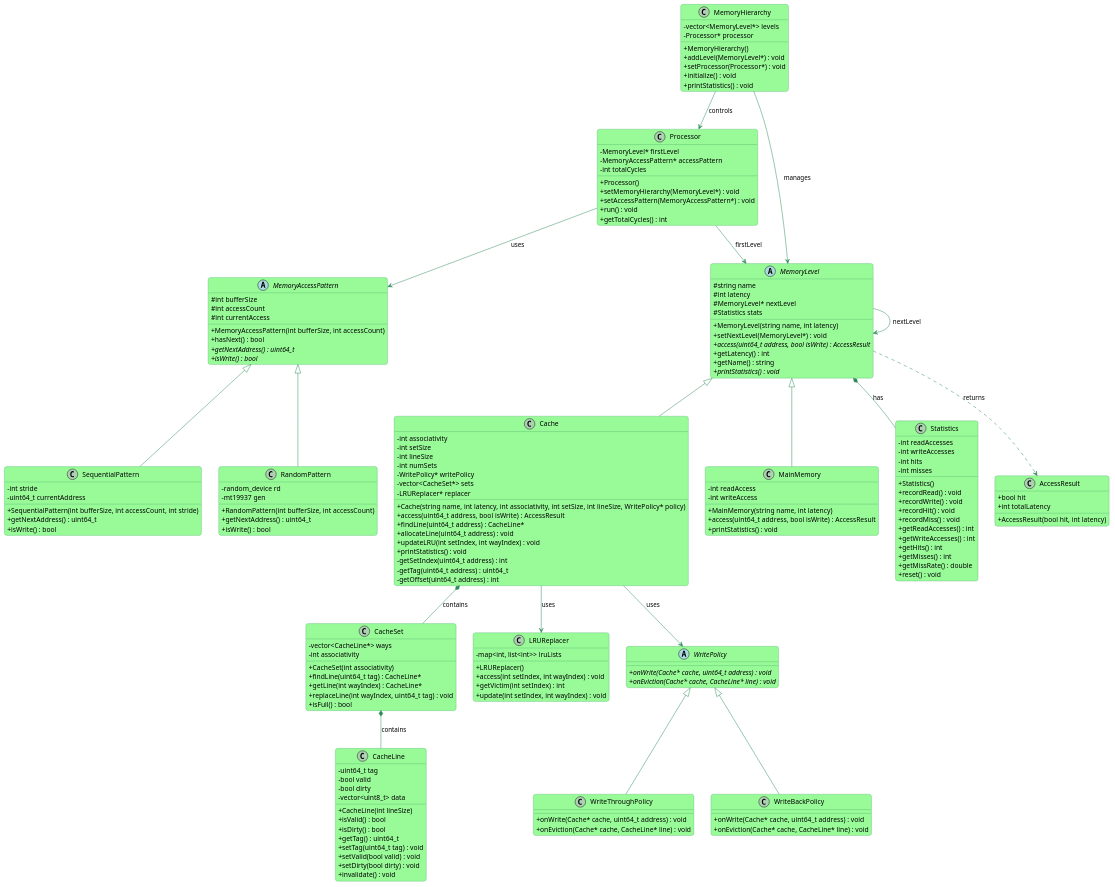
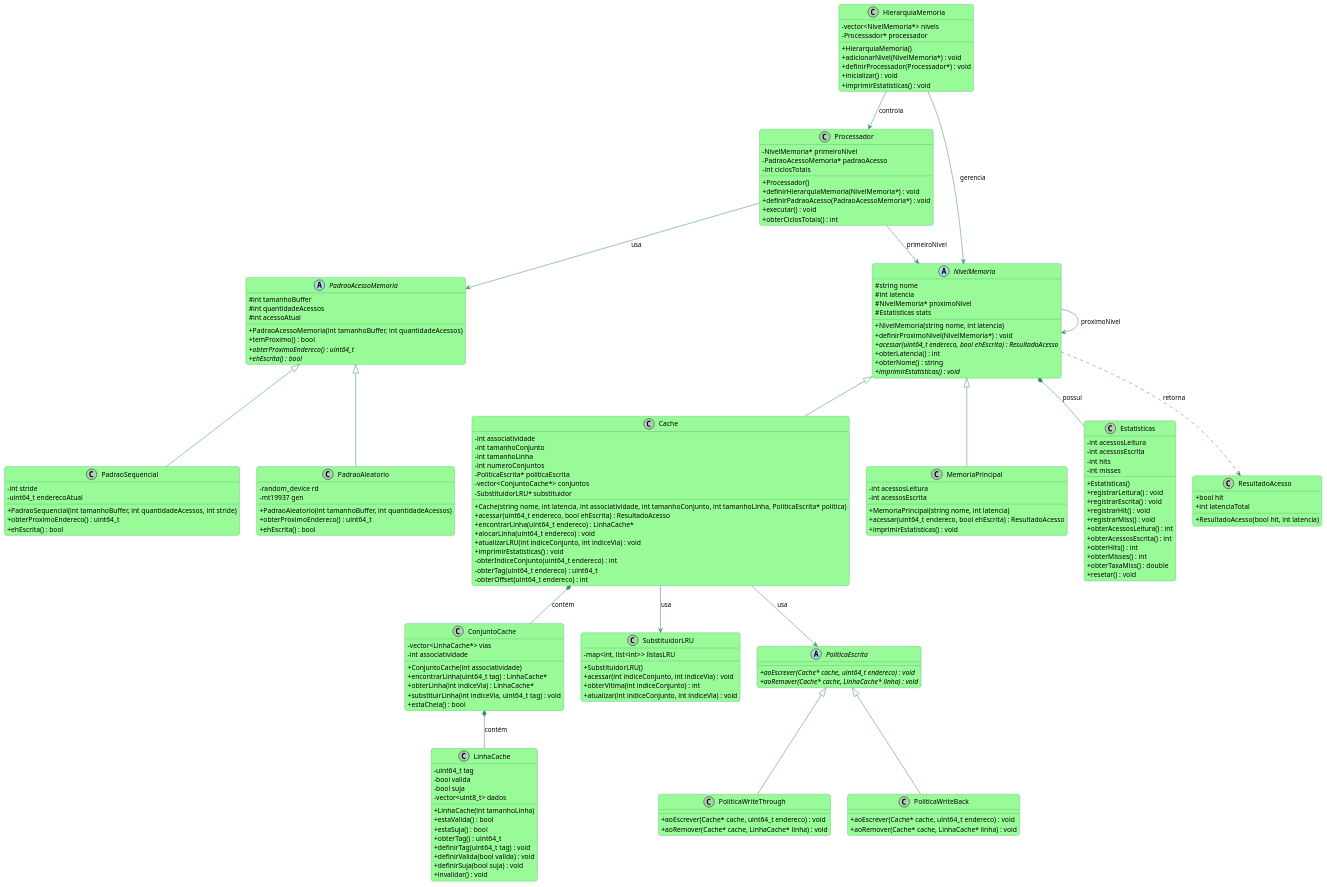
One commit to tayna01/SimuladorHierarquia changed the diagram in docs/arquitetura.plantuml. Above: the diagram before and after it, drawn with PlantUML. The commit also changed 3 other files, not shown here.

Commit message:
feat: adiciona classe Processador

```diff
--- a/docs/arquitetura.plantuml
+++ b/docs/arquitetura.plantuml
@@ -1,4 +1,4 @@
-@startuml arquitetura
+@startuml aa
 skinparam classAttributeIconSize 0
 skinparam roundcorner 10
 skinparam shadowing false
@@ -9,190 +9,227 @@
   BorderColor SeaGreen
 }
 
-class Processor {
-  - MemoryLevel* firstLevel
-  - MemoryAccessPattern* accessPattern
-  - int totalCycles
-  + Processor()
-  + setMemoryHierarchy(MemoryLevel*) : void
-  + setAccessPattern(MemoryAccessPattern*) : void
-  + run() : void
-  + getTotalCycles() : int
+' ===================================
+' Classe Processador
+' ===================================
+class Processador {
+  - NivelMemoria* primeiroNivel
+  - PadraoAcessoMemoria* padraoAcesso
+  - int ciclosTotais
+  + Processador()
+  + definirHierarquiaMemoria(NivelMemoria*) : void
+  + definirPadraoAcesso(PadraoAcessoMemoria*) : void
+  + executar() : void
+  + obterCiclosTotais() : int
 }
 
-class MemoryHierarchy {
-  - vector<MemoryLevel*> levels
-  - Processor* processor
-  + MemoryHierarchy()
-  + addLevel(MemoryLevel*) : void
-  + setProcessor(Processor*) : void
-  + initialize() : void
-  + printStatistics() : void
+' ===================================
+' Classe Hierarquia de Memória
+' ===================================
+class HierarquiaMemoria {
+  - vector<NivelMemoria*> niveis
+  - Processador* processador
+  + HierarquiaMemoria()
+  + adicionarNivel(NivelMemoria*) : void
+  + definirProcessador(Processador*) : void
+  + inicializar() : void
+  + imprimirEstatisticas() : void
 }
 
-abstract class MemoryAccessPattern {
-  # int bufferSize
-  # int accessCount
-  # int currentAccess
-  + MemoryAccessPattern(int bufferSize, int accessCount)
-  + hasNext() : bool
-  + {abstract} getNextAddress() : uint64_t
-  + {abstract} isWrite() : bool
+' ===================================
+' Padrões de Acesso (Strategy Pattern)
+' ===================================
+abstract class PadraoAcessoMemoria {
+  # int tamanhoBuffer
+  # int quantidadeAcessos
+  # int acessoAtual
+  + PadraoAcessoMemoria(int tamanhoBuffer, int quantidadeAcessos)
+  + temProximo() : bool
+  + {abstract} obterProximoEndereco() : uint64_t
+  + {abstract} ehEscrita() : bool
 }
 
-class SequentialPattern {
+class PadraoSequencial {
   - int stride
-  - uint64_t currentAddress
-  + SequentialPattern(int bufferSize, int accessCount, int stride)
-  + getNextAddress() : uint64_t
-  + isWrite() : bool
+  - uint64_t enderecoAtual
+  + PadraoSequencial(int tamanhoBuffer, int quantidadeAcessos, int stride)
+  + obterProximoEndereco() : uint64_t
+  + ehEscrita() : bool
 }
 
-class RandomPattern {
+class PadraoAleatorio {
   - random_device rd
   - mt19937 gen
-  + RandomPattern(int bufferSize, int accessCount)
-  + getNextAddress() : uint64_t
-  + isWrite() : bool
+  + PadraoAleatorio(int tamanhoBuffer, int quantidadeAcessos)
+  + obterProximoEndereco() : uint64_t
+  + ehEscrita() : bool
 }
 
-abstract class MemoryLevel {
-  # string name
-  # int latency
-  # MemoryLevel* nextLevel
-  # Statistics stats
-  + MemoryLevel(string name, int latency)
-  + setNextLevel(MemoryLevel*) : void
-  + {abstract} access(uint64_t address, bool isWrite) : AccessResult
-  + getLatency() : int
-  + getName() : string
-  + {abstract} printStatistics() : void
+' ===================================
+' Níveis de Memória (Polimorfismo)
+' ===================================
+abstract class NivelMemoria {
+  # string nome
+  # int latencia
+  # NivelMemoria* proximoNivel
+  # Estatisticas stats
+  + NivelMemoria(string nome, int latencia)
+  + definirProximoNivel(NivelMemoria*) : void
+  + {abstract} acessar(uint64_t endereco, bool ehEscrita) : ResultadoAcesso
+  + obterLatencia() : int
+  + obterNome() : string
+  + {abstract} imprimirEstatisticas() : void
 }
 
 class Cache {
-  - int associativity
-  - int setSize
-  - int lineSize
-  - int numSets
-  - WritePolicy* writePolicy
-  - vector<CacheSet*> sets
-  - LRUReplacer* replacer
-  + Cache(string name, int latency, int associativity, int setSize, int lineSize, WritePolicy* policy)
-  + access(uint64_t address, bool isWrite) : AccessResult
-  + findLine(uint64_t address) : CacheLine*
-  + allocateLine(uint64_t address) : void
-  + updateLRU(int setIndex, int wayIndex) : void
-  + printStatistics() : void
-  - getSetIndex(uint64_t address) : int
-  - getTag(uint64_t address) : uint64_t
-  - getOffset(uint64_t address) : int
+  - int associatividade
+  - int tamanhoConjunto
+  - int tamanhoLinha
+  - int numeroConjuntos
+  - PoliticaEscrita* politicaEscrita
+  - vector<ConjuntoCache*> conjuntos
+  - SubstituidorLRU* substituidor
+  + Cache(string nome, int latencia, int associatividade, int tamanhoConjunto, int tamanhoLinha, PoliticaEscrita* politica)
+  + acessar(uint64_t endereco, bool ehEscrita) : ResultadoAcesso
+  + encontrarLinha(uint64_t endereco) : LinhaCache*
+  + alocarLinha(uint64_t endereco) : void
+  + atualizarLRU(int indiceConjunto, int indiceVia) : void
+  + imprimirEstatisticas() : void
+  - obterIndiceConjunto(uint64_t endereco) : int
+  - obterTag(uint64_t endereco) : uint64_t
+  - obterOffset(uint64_t endereco) : int
 }
 
-class MainMemory {
-  - int readAccess
-  - int writeAccess
-  + MainMemory(string name, int latency)
-  + access(uint64_t address, bool isWrite) : AccessResult
-  + printStatistics() : void
+class MemoriaPrincipal {
+  - int acessosLeitura
+  - int acessosEscrita
+  + MemoriaPrincipal(string nome, int latencia)
+  + acessar(uint64_t endereco, bool ehEscrita) : ResultadoAcesso
+  + imprimirEstatisticas() : void
 }
 
-
-class CacheSet {
-  - vector<CacheLine*> ways
-  - int associativity
-  + CacheSet(int associativity)
-  + findLine(uint64_t tag) : CacheLine*
-  + getLine(int wayIndex) : CacheLine*
-  + replaceLine(int wayIndex, uint64_t tag) : void
-  + isFull() : bool
+' ===================================
+' Estruturas da Cache
+' ===================================
+class ConjuntoCache {
+  - vector<LinhaCache*> vias
+  - int associatividade
+  + ConjuntoCache(int associatividade)
+  + encontrarLinha(uint64_t tag) : LinhaCache*
+  + obterLinha(int indiceVia) : LinhaCache*
+  + substituirLinha(int indiceVia, uint64_t tag) : void
+  + estaCheia() : bool
 }
 
-class CacheLine {
+class LinhaCache {
   - uint64_t tag
-  - bool valid
-  - bool dirty
-  - vector<uint8_t> data
-  + CacheLine(int lineSize)
-  + isValid() : bool
-  + isDirty() : bool
-  + getTag() : uint64_t
-  + setTag(uint64_t tag) : void
-  + setValid(bool valid) : void
-  + setDirty(bool dirty) : void
-  + invalidate() : void
+  - bool valida
+  - bool suja
+  - vector<uint8_t> dados
+  + LinhaCache(int tamanhoLinha)
+  + estaValida() : bool
+  + estaSuja() : bool
+  + obterTag() : uint64_t
+  + definirTag(uint64_t tag) : void
+  + definirValida(bool valida) : void
+  + definirSuja(bool suja) : void
+  + invalidar() : void
 }
 
-
-class LRUReplacer {
-  - map<int, list<int>> lruLists
-  + LRUReplacer()
-  + access(int setIndex, int wayIndex) : void
-  + getVictim(int setIndex) : int
-  + update(int setIndex, int wayIndex) : void
+' ===================================
+' Política de Substituição LRU
+' ===================================
+class SubstituidorLRU {
+  - map<int, list<int>> listasLRU
+  + SubstituidorLRU()
+  + acessar(int indiceConjunto, int indiceVia) : void
+  + obterVitima(int indiceConjunto) : int
+  + atualizar(int indiceConjunto, int indiceVia) : void
 }
 
-abstract class WritePolicy {
-  + {abstract} onWrite(Cache* cache, uint64_t address) : void
-  + {abstract} onEviction(Cache* cache, CacheLine* line) : void
+' ===================================
+' Políticas de Escrita (Strategy Pattern)
+' ===================================
+abstract class PoliticaEscrita {
+  + {abstract} aoEscrever(Cache* cache, uint64_t endereco) : void
+  + {abstract} aoRemover(Cache* cache, LinhaCache* linha) : void
 }
 
-class WriteThroughPolicy {
-  + onWrite(Cache* cache, uint64_t address) : void
-  + onEviction(Cache* cache, CacheLine* line) : void
+class PoliticaWriteThrough {
+  + aoEscrever(Cache* cache, uint64_t endereco) : void
+  + aoRemover(Cache* cache, LinhaCache* linha) : void
 }
 
-class WriteBackPolicy {
-  + onWrite(Cache* cache, uint64_t address) : void
-  + onEviction(Cache* cache, CacheLine* line) : void
+class PoliticaWriteBack {
+  + aoEscrever(Cache* cache, uint64_t endereco) : void
+  + aoRemover(Cache* cache, LinhaCache* linha) : void
 }
 
-class Statistics {
-  - int readAccesses
-  - int writeAccesses
+' ===================================
+' Estatísticas
+' ===================================
+class Estatisticas {
+  - int acessosLeitura
+  - int acessosEscrita
   - int hits
   - int misses
-  + Statistics()
-  + recordRead() : void
-  + recordWrite() : void
-  + recordHit() : void
-  + recordMiss() : void
-  + getReadAccesses() : int
-  + getWriteAccesses() : int
-  + getHits() : int
-  + getMisses() : int
-  + getMissRate() : double
-  + reset() : void
+  + Estatisticas()
+  + registrarLeitura() : void
+  + registrarEscrita() : void
+  + registrarHit() : void
+  + registrarMiss() : void
+  + obterAcessosLeitura() : int
+  + obterAcessosEscrita() : int
+  + obterHits() : int
+  + obterMisses() : int
+  + obterTaxaMiss() : double
+  + resetar() : void
 }
 
-class AccessResult {
+' ===================================
+' Resultado de Acesso
+' ===================================
+class ResultadoAcesso {
   + bool hit
-  + int totalLatency
-  + AccessResult(bool hit, int latency)
+  + int latenciaTotal
+  + ResultadoAcesso(bool hit, int latencia)
 }
 
-Processor --> MemoryLevel : firstLevel
-Processor --> MemoryAccessPattern : uses
+' ===================================
+' RELACIONAMENTOS
+' ===================================
 
-MemoryHierarchy --> MemoryLevel : manages
-MemoryHierarchy --> Processor : controls
+' Processador
+Processador --> NivelMemoria : primeiroNivel
+Processador --> PadraoAcessoMemoria : usa
 
-MemoryAccessPattern <|-- SequentialPattern
-MemoryAccessPattern <|-- RandomPattern
+' HierarquiaMemoria
+HierarquiaMemoria --> NivelMemoria : gerencia
+HierarquiaMemoria --> Processador : controla
 
-MemoryLevel <|-- Cache
-MemoryLevel <|-- MainMemory
-MemoryLevel --> MemoryLevel : nextLevel
-MemoryLevel *-- Statistics : has
+' Padrões de Acesso - Herança
+PadraoAcessoMemoria <|-- PadraoSequencial
+PadraoAcessoMemoria <|-- PadraoAleatorio
 
-Cache *-- CacheSet : contains
-Cache --> WritePolicy : uses
-Cache --> LRUReplacer : uses
+' Níveis de Memória - Herança
+NivelMemoria <|-- Cache
+NivelMemoria <|-- MemoriaPrincipal
+NivelMemoria --> NivelMemoria : proximoNivel
+NivelMemoria *-- Estatisticas : possui
 
-CacheSet *-- CacheLine : contains
+' Cache
+Cache *-- ConjuntoCache : contém
+Cache --> PoliticaEscrita : usa
+Cache --> SubstituidorLRU : usa
 
-WritePolicy <|-- WriteThroughPolicy
-WritePolicy <|-- WriteBackPolicy
+' ConjuntoCache
+ConjuntoCache *-- LinhaCache : contém
 
-MemoryLevel ..> AccessResult : returns
+' Políticas de Escrita - Herança
+PoliticaEscrita <|-- PoliticaWriteThrough
+PoliticaEscrita <|-- PoliticaWriteBack
+
+' Retorno
+NivelMemoria ..> ResultadoAcesso : retorna
 
 @enduml
```
